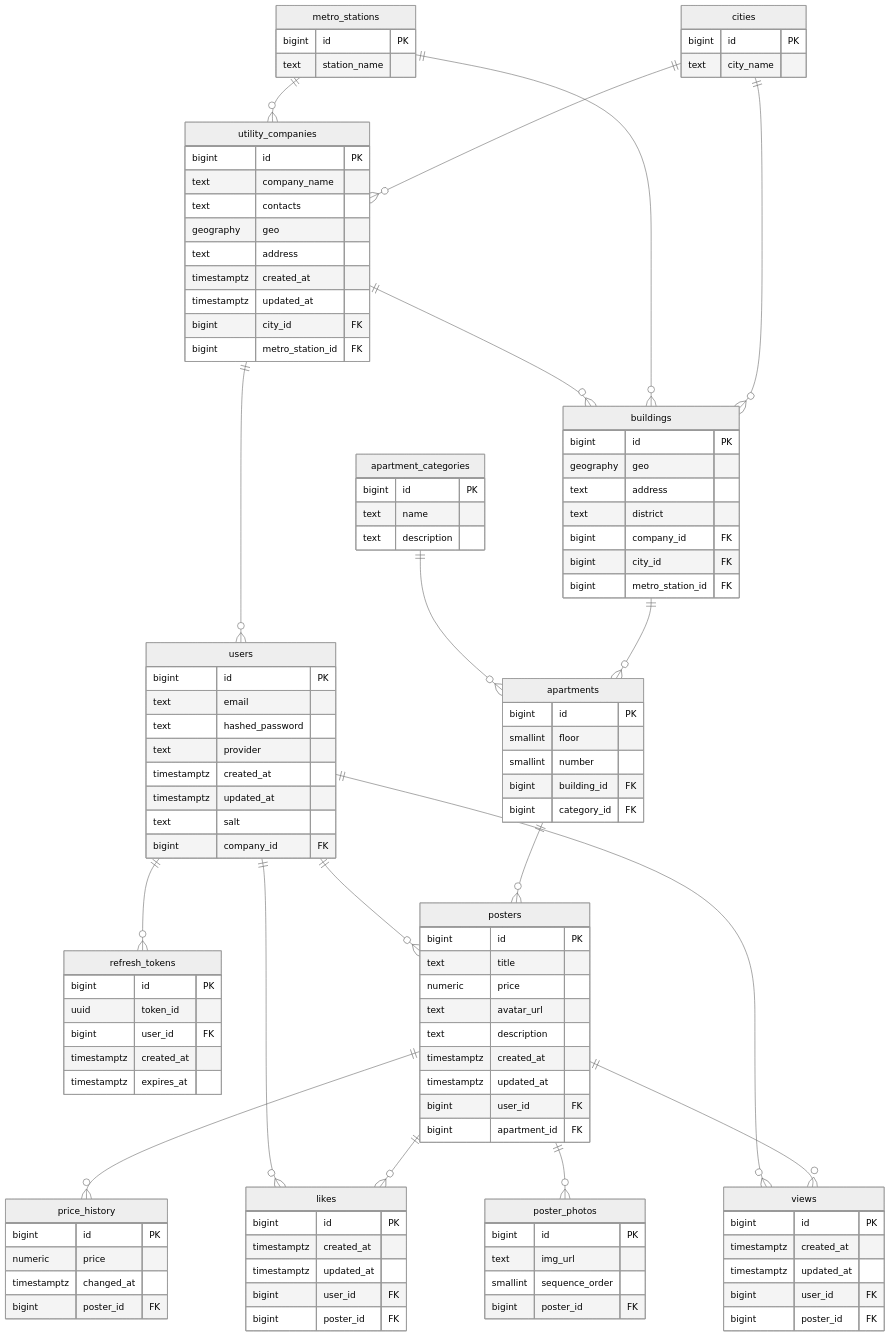
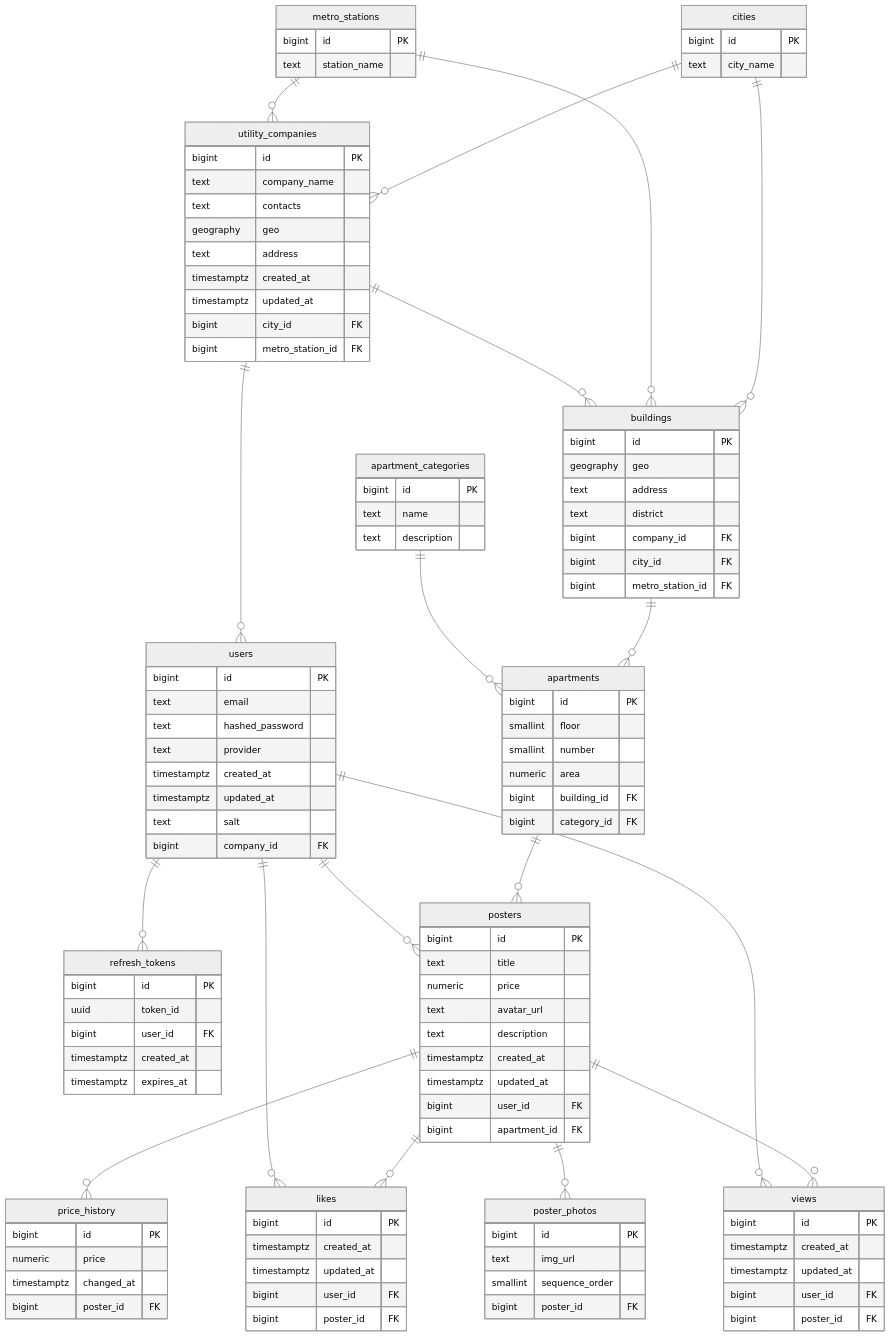
Before and after one commit to go-park-mail-ru/2026_1_TheBugs: the diagram in db/normalized/relations.md, drawn with Mermaid (neutral theme). The commit also changed other lines of this file and 6 other files, not shown here.

```diff
--- a/db/normalized/relations.md
+++ b/db/normalized/relations.md
@@ -243,6 +244,7 @@
         bigint id PK
         smallint floor
         smallint number
+        numeric area 
         bigint building_id FK
         bigint category_id FK
     }
```
